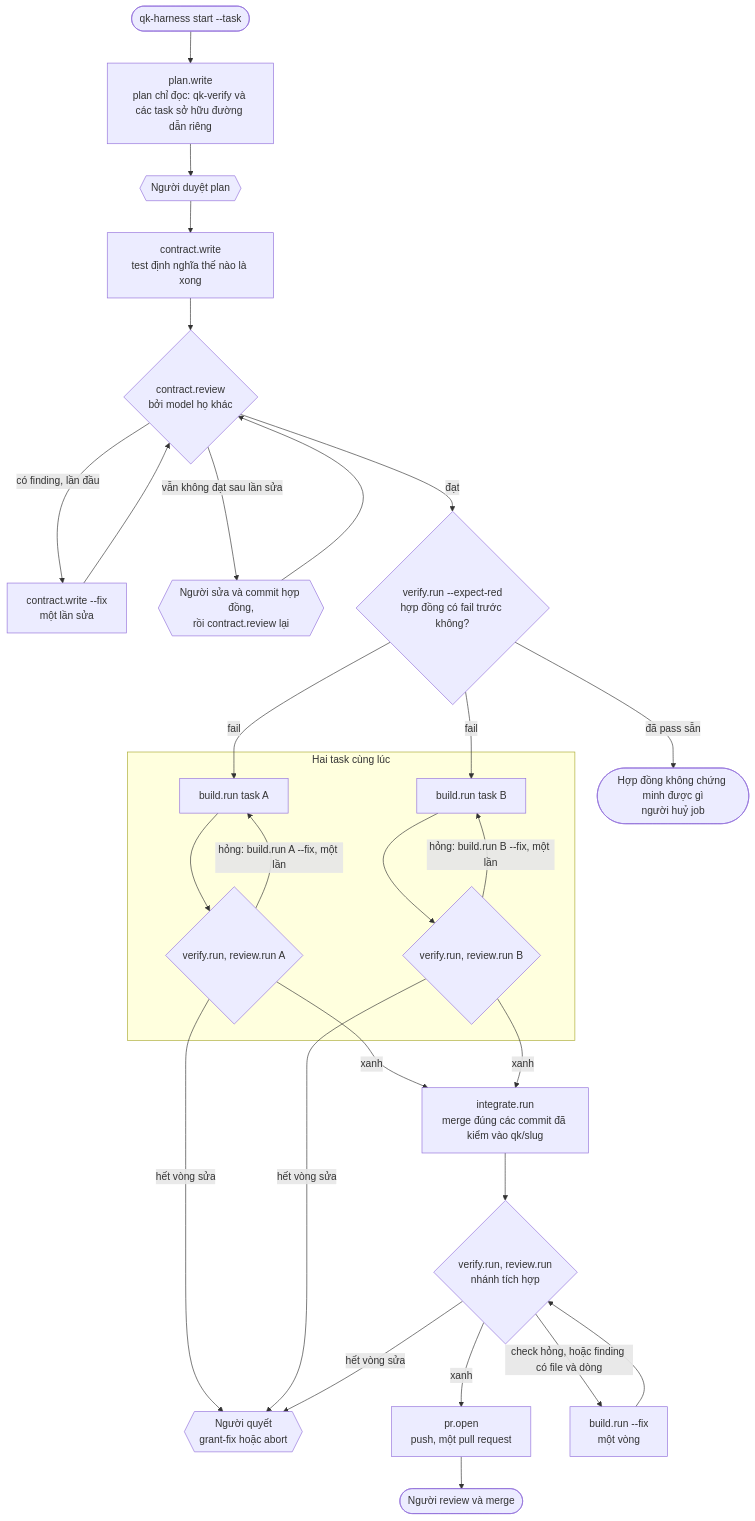
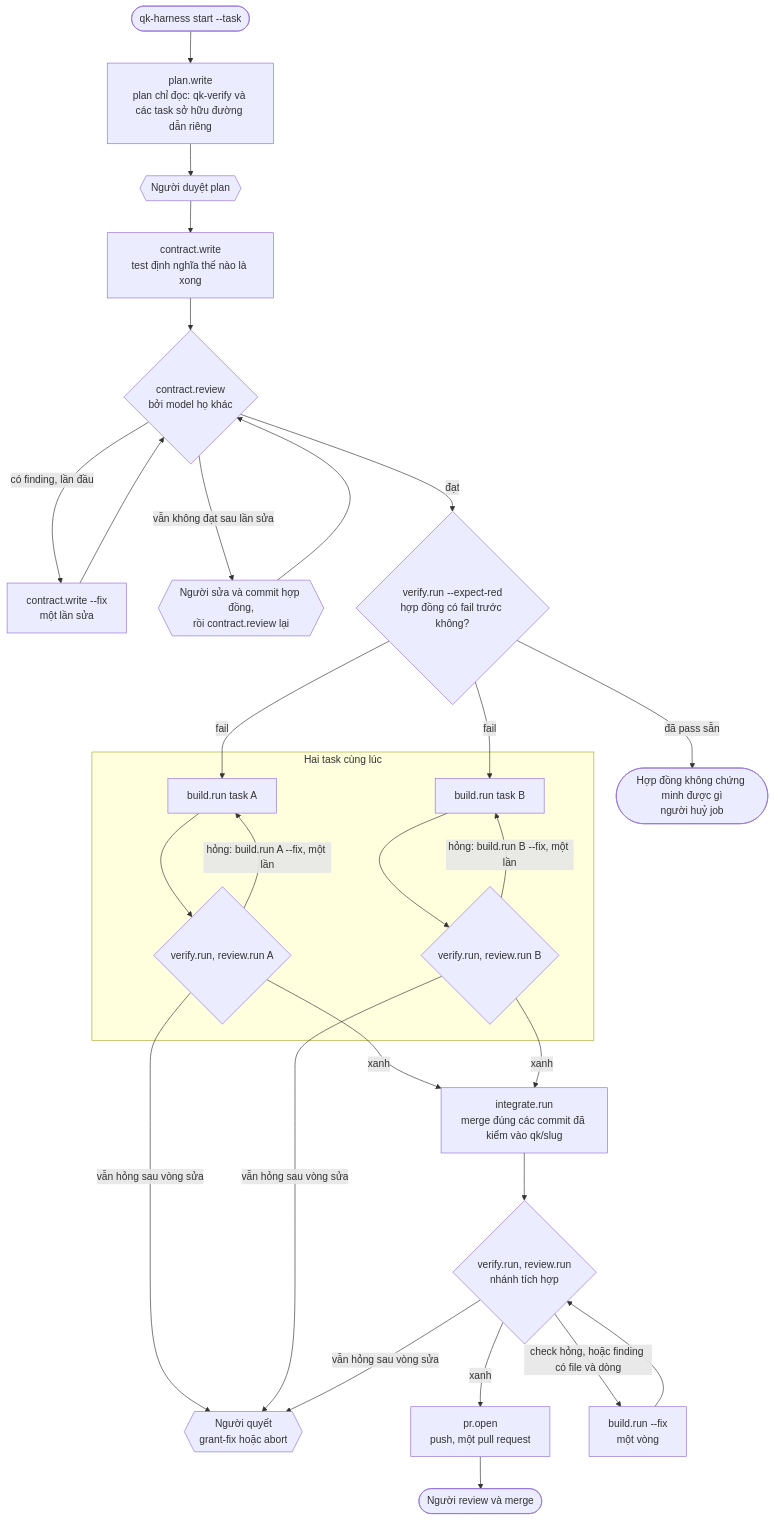
One commit to dakiquang/qk-harness changed the diagram in README.vi.md. Above: the diagram before and after it, drawn with Mermaid. The commit also changed 1 other file, not shown here.

Commit message:
docs: label the person's decision as a failure after the fix round

````diff
--- a/README.vi.md
+++ b/README.vi.md
@@ -15,29 +15,29 @@
 ```mermaid
 flowchart TB
     start(["qk-harness start --task"]) --> plan["plan.write<br/>plan chỉ đọc: qk-verify và các task sở hữu đường dẫn riêng"]
     plan --> gate{{"Người duyệt plan"}}
     gate --> contract["contract.write<br/>test định nghĩa thế nào là xong"]
     contract --> creview{"contract.review<br/>bởi model họ khác"}
     creview -- "có finding, lần đầu" --> cfix["contract.write --fix<br/>một lần sửa"]
     cfix --> creview
     creview -- "vẫn không đạt sau lần sửa" --> cedit{{"Người sửa và commit hợp đồng,<br/>rồi contract.review lại"}}
     cedit --> creview
     creview -- "đạt" --> red{"verify.run --expect-red<br/>hợp đồng có fail trước không?"}
     red -- "đã pass sẵn" --> cabort(["Hợp đồng không chứng minh được gì<br/>người huỷ job"])
     red -- "fail" --> buildA & buildB
     subgraph tasks ["Hai task cùng lúc"]
         buildA["build.run task A"] --> checkA{"verify.run, review.run A"}
         buildB["build.run task B"] --> checkB{"verify.run, review.run B"}
         checkA -- "hỏng: build.run A --fix, một lần" --> buildA
         checkB -- "hỏng: build.run B --fix, một lần" --> buildB
     end
-    checkA -- "hết vòng sửa" --> decide
-    checkB -- "hết vòng sửa" --> decide
+    checkA -- "vẫn hỏng sau vòng sửa" --> decide
+    checkB -- "vẫn hỏng sau vòng sửa" --> decide
     checkA & checkB -- "xanh" --> integ["integrate.run<br/>merge đúng các commit đã kiểm vào qk/slug"]
     integ --> icheck{"verify.run, review.run<br/>nhánh tích hợp"}
     icheck -- "xanh" --> pr["pr.open<br/>push, một pull request"]
     icheck -- "check hỏng, hoặc finding có file và dòng" --> fix["build.run --fix<br/>một vòng"]
     fix --> icheck
-    icheck -- "hết vòng sửa" --> decide{{"Người quyết<br/>grant-fix hoặc abort"}}
+    icheck -- "vẫn hỏng sau vòng sửa" --> decide{{"Người quyết<br/>grant-fix hoặc abort"}}
     pr --> merge(["Người review và merge"])
 ```
````
